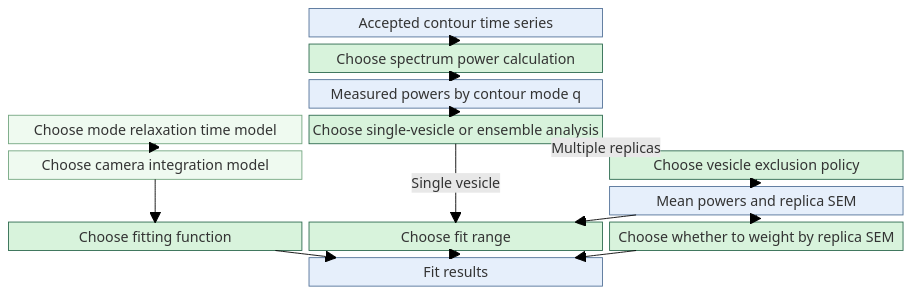
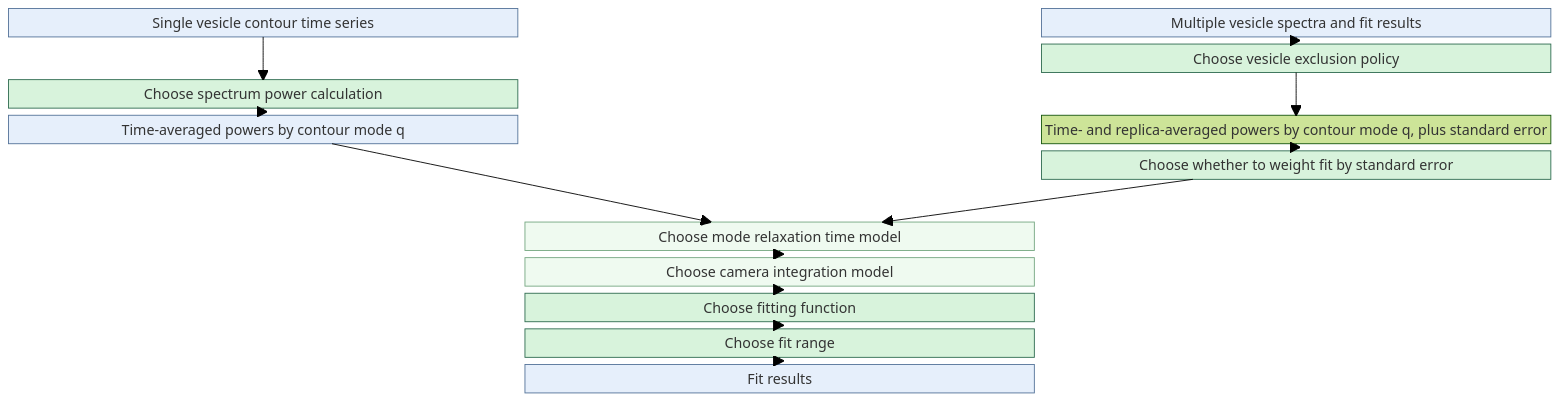
The diagram in docs/edgemod-workflow.mmd (BranniganLab/VesMod), drawn with Mermaid (forest theme) before and after one commit.

Commit message:
Update edge model workflow diagram with new nodes

```diff
--- a/docs/edgemod-workflow.mmd
+++ b/docs/edgemod-workflow.mmd
@@ -1,31 +1,32 @@
 block-beta
     columns 3
-    space A["Accepted contour time series"] space
-    space B["Choose spectrum power calculation"] space
-    space C["Measured powers by contour mode q"] space
-    T["Choose mode relaxation time model"] R["Choose single-vesicle or ensemble analysis"] space
-    I["Choose camera integration model"] space E["Choose vesicle exclusion policy"]
-    space space S["Mean powers and replica SEM"]
-    M["Choose fitting function"] D["Choose fit range"] W["Choose whether to weight by replica SEM"]
-    space F["Fit results"] space
+    A1["Single vesicle contour time series"] space A3["Multiple vesicle spectra and fit results"]
+    space space B3["Choose vesicle exclusion policy"]
+    C1["Choose spectrum power calculation"] space space
+    D1["Time-averaged powers by contour mode q"] space D3["Time- and replica-averaged powers by contour mode q, plus standard error"]
+    space space E3["Choose whether to weight fit by standard error"]
+    space space space
+    space F2["Choose mode relaxation time model"] space
+    space G2["Choose camera integration model"] space
+    space H2["Choose fitting function"] space 
+    space I2["Choose fit range"] space
+    space J2["Fit results"] space
 
-    A --> B
-    B --> C
-    C --> R
-    R -- "Single vesicle" --> D
-    R -- "Multiple replicas" --> E
-    E --> S
-    S --> D
-    S --> W
-    T --> I
-    I --> M
-    M --> F
-    D --> F
-    W --> F
+    A1 --> C1
+    C1 --> D1
+    D1 --> F2
+    A3 --> B3
+    B3 --> D3
+    D3 --> E3
+    E3 --> F2
+    F2 --> G2
+    G2 --> H2
+    H2 --> I2
+    I2 --> J2
 
     classDef decision fill:#d8f3dc,stroke:#2d6a4f,color:#143824
     classDef optional fill:#effaf0,stroke:#74a680,color:#143824
     classDef data fill:#e6effb,stroke:#537298,color:#193653
-    class B,R,E,M,D,W decision
-    class T,I optional
-    class A,C,S,F data
+    class B3,C1,E3,H2,I2 decision
+    class F2,G2 optional
+    class A1,A3,D1,J2 data
```
